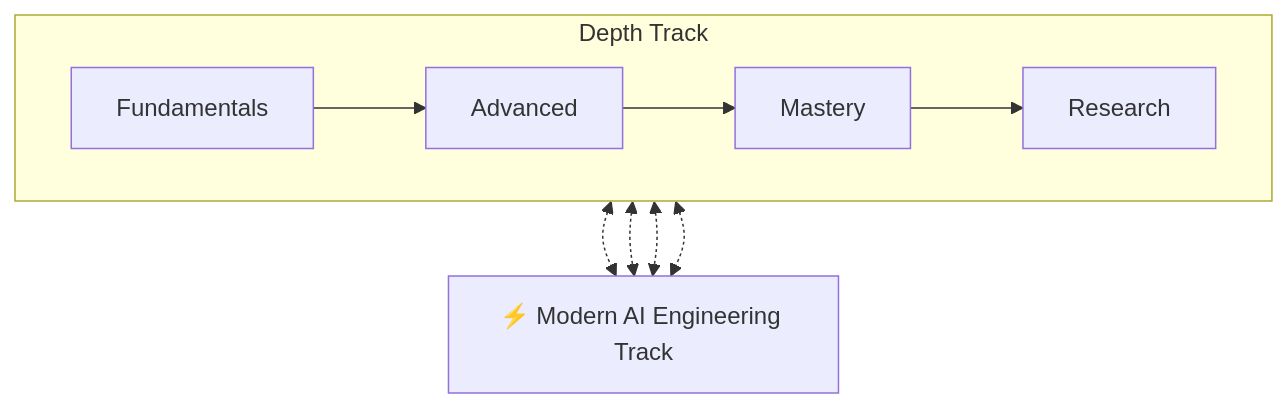
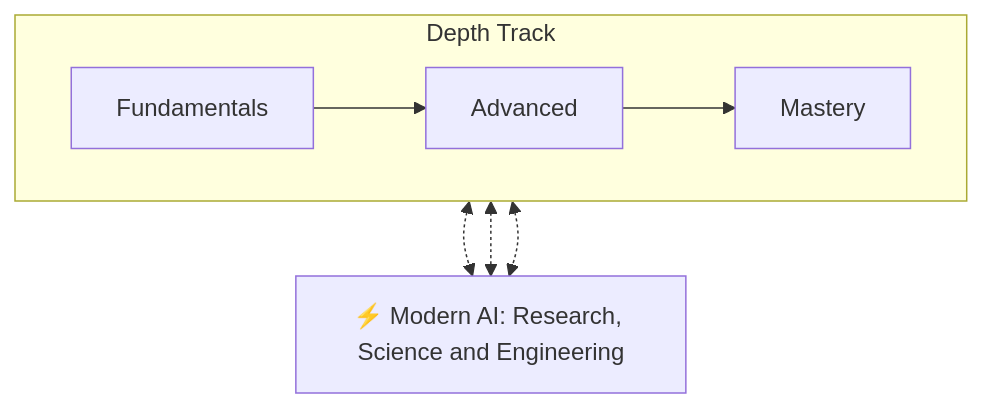
The first of 9 diagrams in _sources/ai-roadmap/AGENTS.md (robotbrainlab/robotbrainlab.github.io), drawn with Mermaid before and after one commit. The commit also changed other lines of this file and 176 other files, not shown here.

````diff
--- a/_sources/ai-roadmap/AGENTS.md
+++ b/_sources/ai-roadmap/AGENTS.md
@@ -100,12 +100,11 @@
 ```mermaid
 flowchart TB
     subgraph DEPTH["Depth Track"]
         direction LR
-        F["Fundamentals"] --> A["Advanced"] --> M["Mastery"] --> R["Research"]
+        F["Fundamentals"] --> A["Advanced"] --> M["Mastery"]
     end
-    MAE["⚡ Modern AI Engineering Track"]
+    MAE["⚡ Modern AI: Research, Science and Engineering"]
     F <-.-> MAE
     A <-.-> MAE
     M <-.-> MAE
-    R <-.-> MAE
 ```
````
